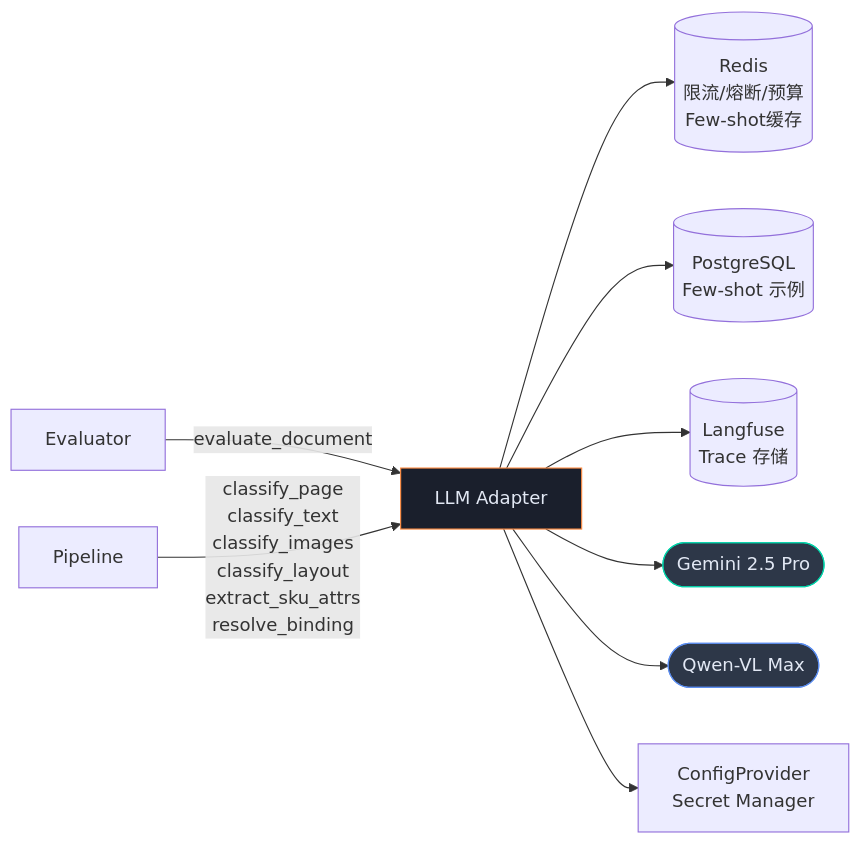
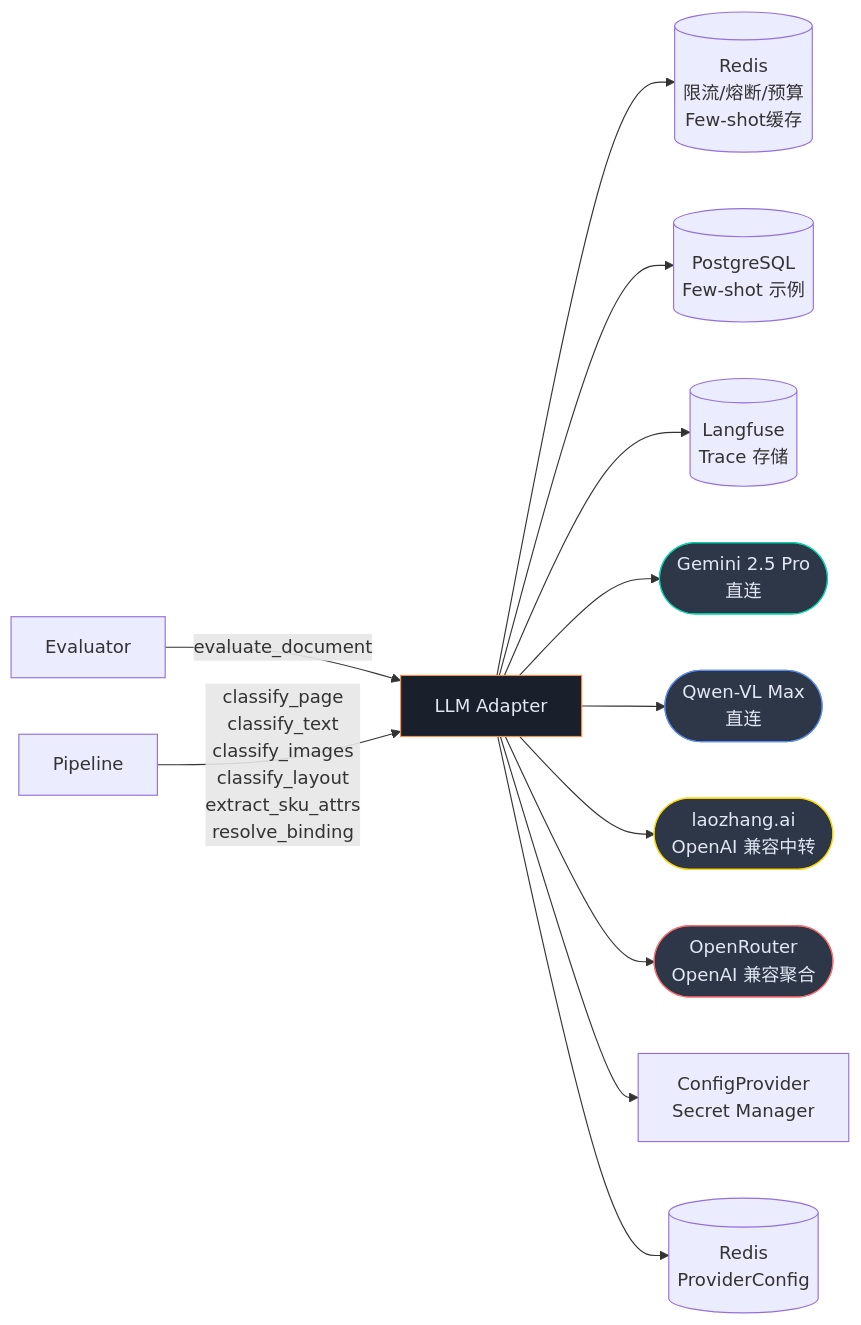
The first of 5 diagrams in server/docs/pdf_sku_llm_adapter_detailed_design_v1_2.md (zhangzongchu2019/pdf-sku), drawn with Mermaid before and after one commit. The commit also changed other lines of this file and 42 other files, not shown here.

````diff
--- a/server/docs/pdf_sku_llm_adapter_detailed_design_v1_2.md
+++ b/server/docs/pdf_sku_llm_adapter_detailed_design_v1_2.md
@@ -47,16 +51,21 @@
 ```mermaid
 graph LR
     Evaluator -->|evaluate_document| LA[LLM Adapter]
     Pipeline -->|classify_page<br/>classify_text<br/>classify_images<br/>classify_layout<br/>extract_sku_attrs<br/>resolve_binding| LA
     
     LA --> Redis[(Redis<br/>限流/熔断/预算<br/>Few-shot缓存)]
     LA --> DB[(PostgreSQL<br/>Few-shot 示例)]
     LA --> Langfuse[(Langfuse<br/>Trace 存储)]
-    LA --> Gemini([Gemini 2.5 Pro])
-    LA --> Qwen([Qwen-VL Max])
+    LA --> Gemini([Gemini 2.5 Pro<br/>直连])
+    LA --> Qwen([Qwen-VL Max<br/>直连])
+    LA --> Relay([laozhang.ai<br/>OpenAI 兼容中转])
+    LA --> Agg([OpenRouter<br/>OpenAI 兼容聚合])
     LA --> Config[ConfigProvider<br/>Secret Manager]
+    LA --> ProvCfg[(Redis<br/>ProviderConfig)]
 
     style LA fill:#1a1f2c,stroke:#FF8C42,color:#E2E8F4
     style Gemini fill:#2d3748,stroke:#00D4AA,color:#E2E8F4
     style Qwen fill:#2d3748,stroke:#5B8DEF,color:#E2E8F4
+    style Relay fill:#2d3748,stroke:#FFD700,color:#E2E8F4
+    style Agg fill:#2d3748,stroke:#FF6B6B,color:#E2E8F4
 ```
````
